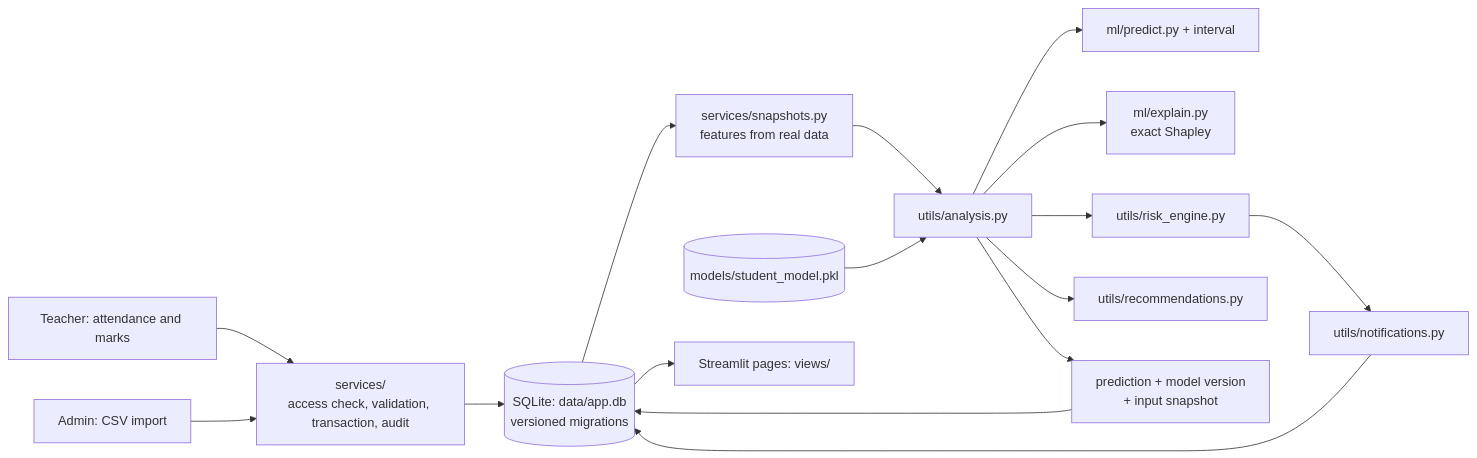
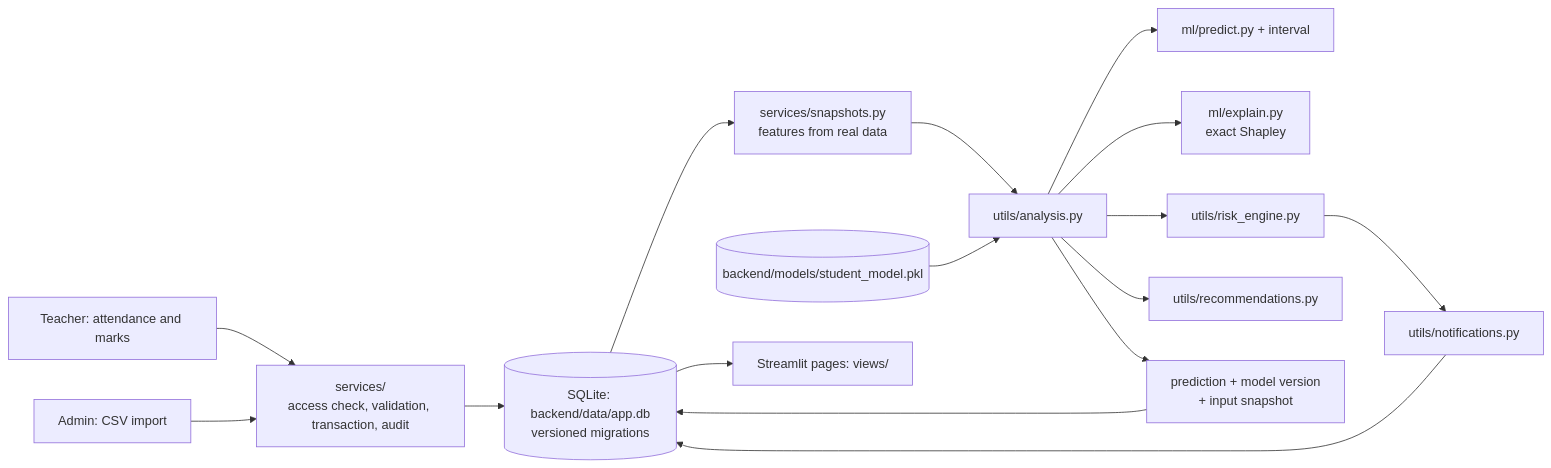
Before and after one commit to farhan-aiml/EduSignal: the diagram in README.md, drawn with Mermaid. The commit also changed other lines of this file and 110 other files, not shown here.

````diff
--- a/README.md
+++ b/README.md
@@ -89,16 +89,16 @@
 ```mermaid
 flowchart LR
     T[Teacher: attendance and marks] --> SV[services/<br/>access check, validation, transaction, audit]
     UP[Admin: CSV import] --> SV
-    SV --> DB[(SQLite: data/app.db<br/>versioned migrations)]
+    SV --> DB[(SQLite: backend/data/app.db<br/>versioned migrations)]
     DB --> SNAP[services/snapshots.py<br/>features from real data]
     SNAP --> AN[utils/analysis.py]
-    PKL[(models/student_model.pkl)] --> AN
+    PKL[(backend/models/student_model.pkl)] --> AN
     AN --> PRED[ml/predict.py + interval]
     AN --> EXP[ml/explain.py<br/>exact Shapley]
     AN --> RISK[utils/risk_engine.py]
     AN --> REC[utils/recommendations.py]
     AN --> SAVE[prediction + model version<br/>+ input snapshot] --> DB
     RISK --> NOTE[utils/notifications.py] --> DB
     DB --> UI[Streamlit pages: views/]
 ```
````
